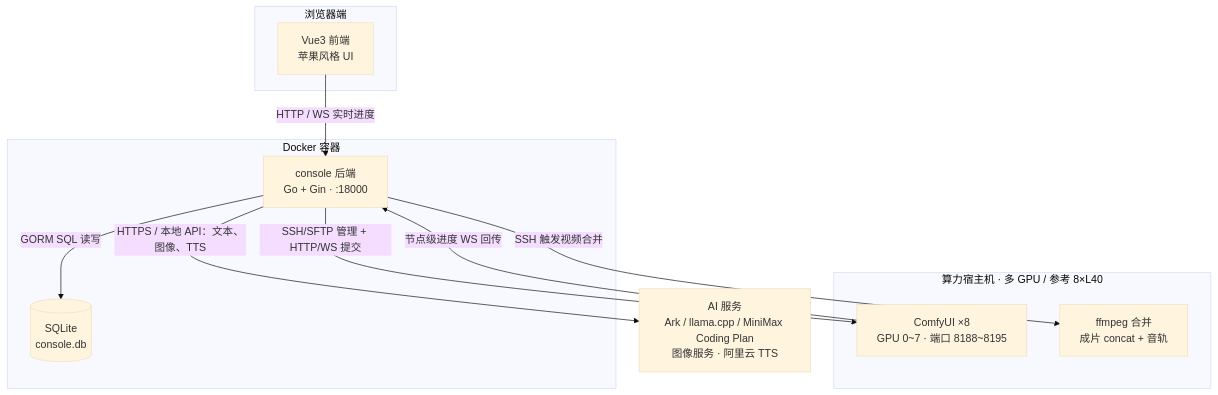
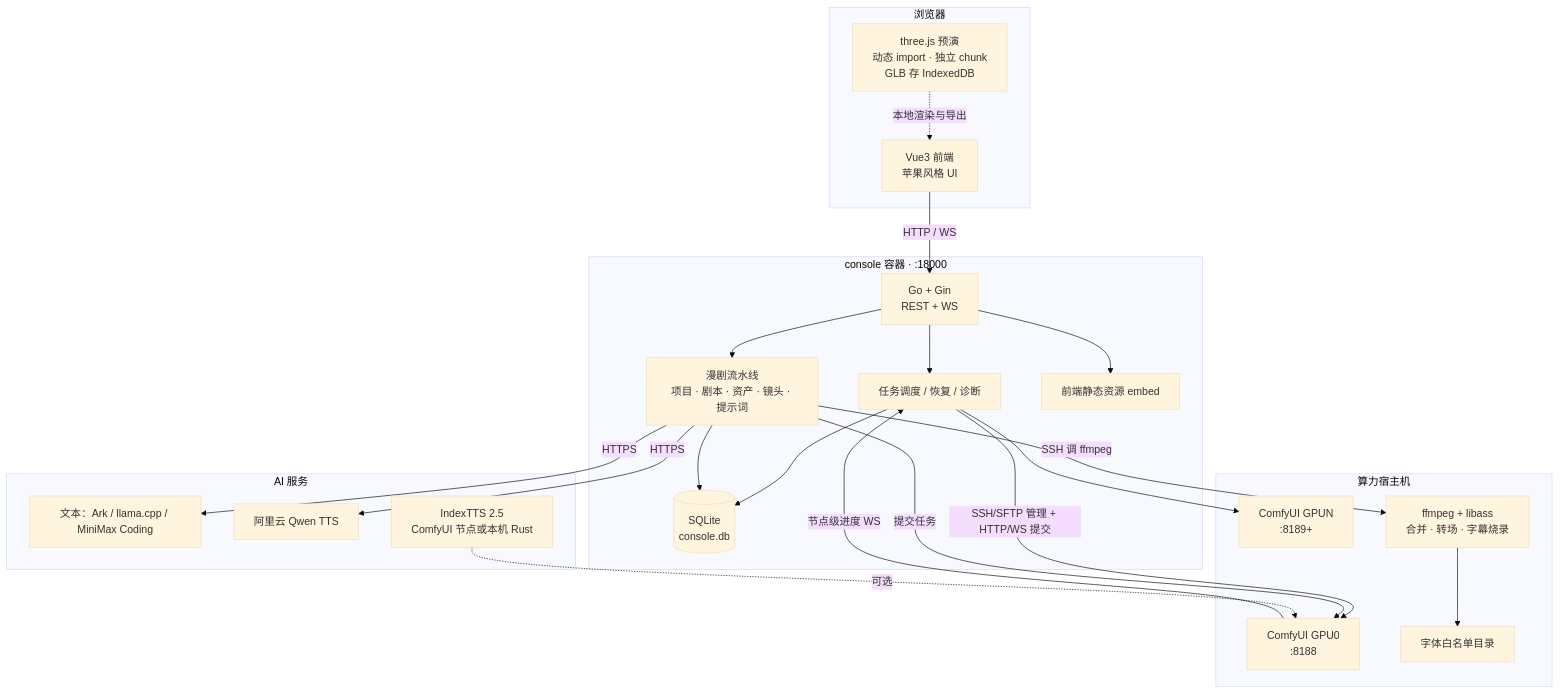
The first of 2 diagrams in README.md (mickeylan/new-aigc-comfyui-minimax-h3), drawn with Mermaid (base theme) before and after one commit. The commit also changed other lines of this file, not shown here.

````diff
--- a/README.md
+++ b/README.md
@@ -85,25 +219,45 @@
 ```mermaid
 graph TB
-    subgraph PUBLIC[浏览器端]
-        B[Vue3 前端<br/>苹果风格 UI]
+    subgraph BROWSER[浏览器]
+        UI[Vue3 前端<br/>苹果风格 UI]
+        PV[three.js 预演<br/>动态 import · 独立 chunk<br/>GLB 存 IndexedDB]
     end
 
-    subgraph DC[Docker 容器]
-        C[console 后端<br/>Go + Gin · :18000]
-        S[(SQLite<br/>console.db)]
+    subgraph CONSOLE[console 容器 · :18000]
+        API[Go + Gin<br/>REST + WS]
+        SCHED[任务调度 / 恢复 / 诊断]
+        PIPE[漫剧流水线<br/>项目 · 剧本 · 资产 · 镜头 · 提示词]
+        DB[(SQLite<br/>console.db)]
+        EMB[前端静态资源 embed]
     end
 
-    subgraph GPUNODE[算力宿主机 · 多 GPU / 参考 8×L40]
-        F[ComfyUI ×8<br/>GPU 0~7 · 端口 8188~8195]
-        M[ffmpeg 合并<br/>成片 concat + 音轨]
+    subgraph HOST[算力宿主机]
+        C0[ComfyUI GPU0<br/>:8188]
+        CN[ComfyUI GPUN<br/>:8189+]
+        FF[ffmpeg + libass<br/>合并 · 转场 · 字幕烧录]
+        FONT[字体白名单目录]
     end
 
-    V[AI 服务<br/>Ark / llama.cpp / MiniMax Coding Plan<br/>图像服务 · 阿里云 TTS]
+    subgraph AI[AI 服务]
+        TXT[文本：Ark / llama.cpp / MiniMax Coding]
+        TTS[阿里云 Qwen TTS]
+        ITTS[IndexTTS 2.5<br/>ComfyUI 节点或本机 Rust]
+    end
 
-    B -- "HTTP / WS 实时进度" --> C
-    C -- "GORM SQL 读写" --> S
-    C -- "SSH/SFTP 管理 + HTTP/WS 提交" --> F
-    F -- "节点级进度 WS 回传" --> C
-    C -- "SSH 触发视频合并" --> M
-    C -- "HTTPS / 本地 API：文本、图像、TTS" --> V
+    UI -- HTTP / WS --> API
+    PV -. 本地渲染与导出 .-> UI
+    API --> SCHED
+    API --> PIPE
+    SCHED --> DB
+    PIPE --> DB
+    API --> EMB
+    SCHED -- SSH/SFTP 管理 + HTTP/WS 提交 --> C0
+    SCHED --> CN
+    C0 -- 节点级进度 WS --> SCHED
+    PIPE -- SSH 调 ffmpeg --> FF
+    FF --> FONT
+    PIPE -- HTTPS --> TXT
+    PIPE -- HTTPS --> TTS
+    PIPE -- 提交任务 --> C0
+    ITTS -. 可选 .-> C0
 ```
````
